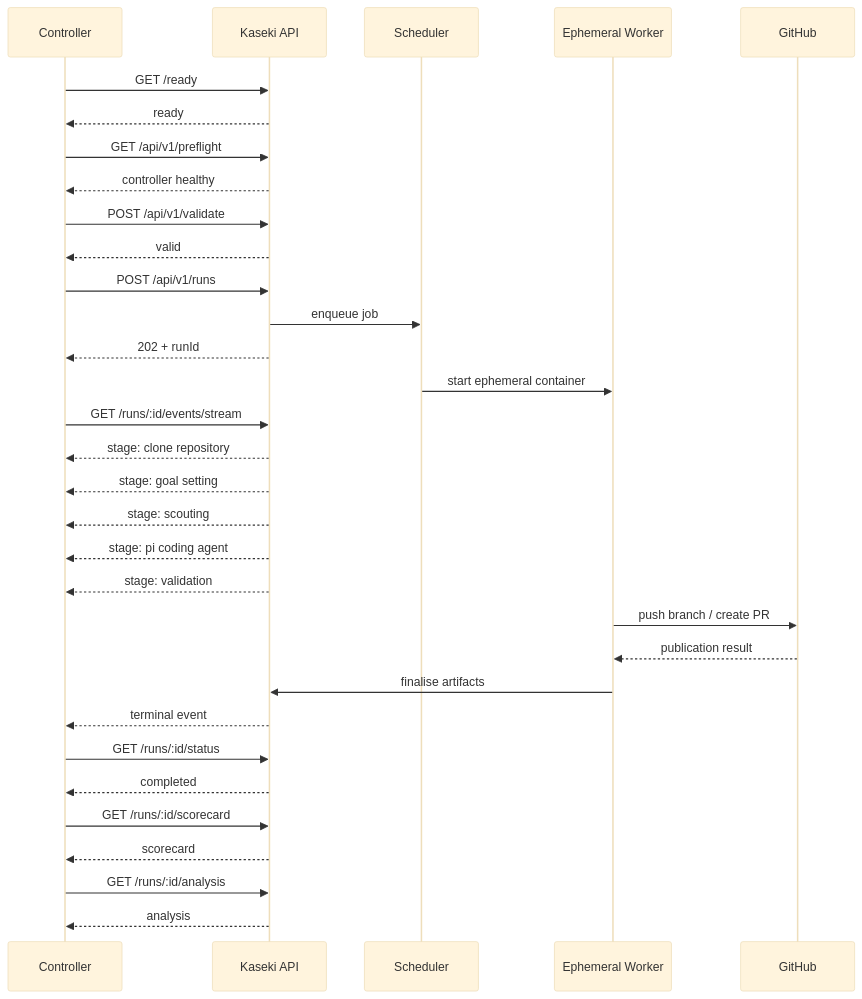
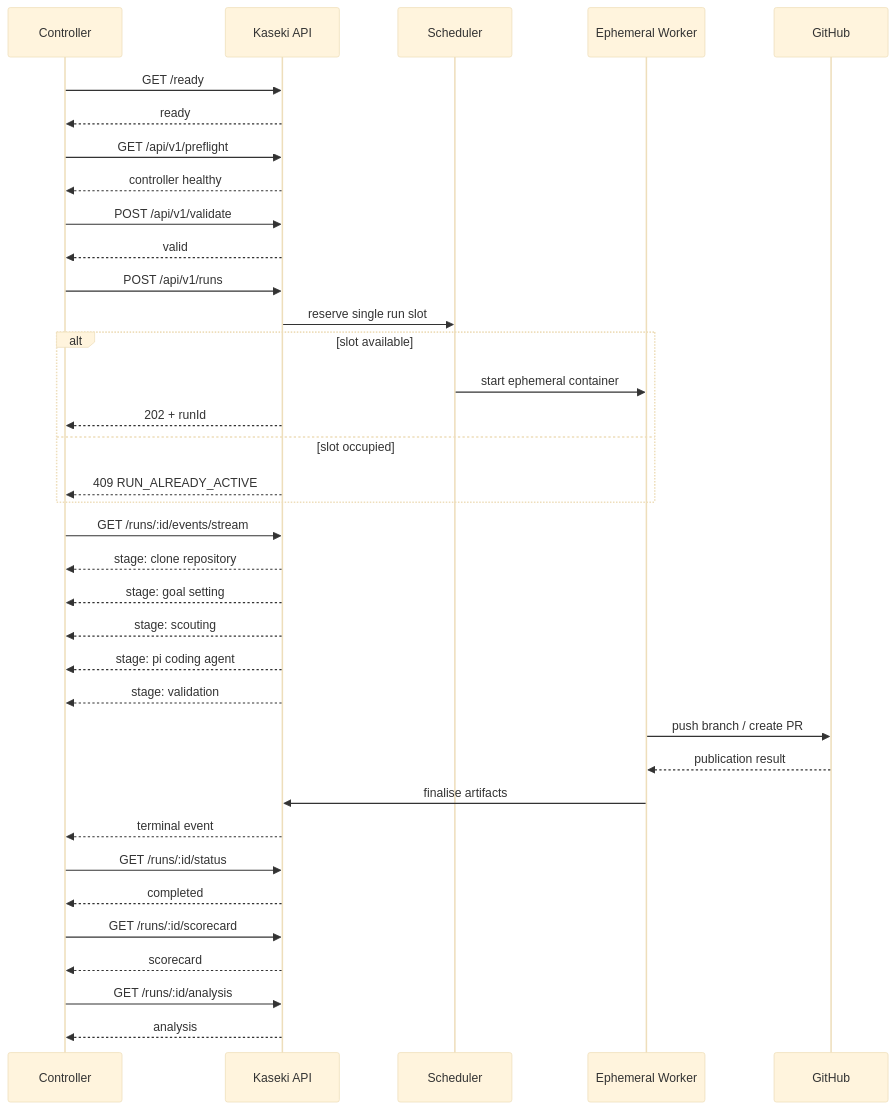
One commit to CyanAutomation/kaseki-agent changed the seventh of 7 diagrams in docs/KASEKI-AGENT-LIFECYCLE-DIAGRAMS.md. Above: the diagram before and after it, drawn with Mermaid (base theme). The commit also changed other lines of this file and 50 other files, not shown here.

Commit message:
Enforce one active run per Kaseki agent

````diff
--- a/docs/KASEKI-AGENT-LIFECYCLE-DIAGRAMS.md
+++ b/docs/KASEKI-AGENT-LIFECYCLE-DIAGRAMS.md
@@ -402,45 +415,48 @@
 ```mermaid
 sequenceDiagram
     participant C as Controller
     participant API as Kaseki API
-    participant Q as Scheduler
+    participant S as Scheduler
     participant W as Ephemeral Worker
     participant GH as GitHub
 
     C->>API: GET /ready
     API-->>C: ready
 
     C->>API: GET /api/v1/preflight
     API-->>C: controller healthy
 
     C->>API: POST /api/v1/validate
     API-->>C: valid
 
     C->>API: POST /api/v1/runs
-    API->>Q: enqueue job
-    API-->>C: 202 + runId
-
-    Q->>W: start ephemeral container
+    API->>S: reserve single run slot
+    alt slot available
+        S->>W: start ephemeral container
+        API-->>C: 202 + runId
+    else slot occupied
+        API-->>C: 409 RUN_ALREADY_ACTIVE
+    end
 
     C->>API: GET /runs/:id/events/stream
     API-->>C: stage: clone repository
     API-->>C: stage: goal setting
     API-->>C: stage: scouting
     API-->>C: stage: pi coding agent
     API-->>C: stage: validation
 
     W->>GH: push branch / create PR
     GH-->>W: publication result
 
     W->>API: finalise artifacts
     API-->>C: terminal event
 
     C->>API: GET /runs/:id/status
     API-->>C: completed
 
     C->>API: GET /runs/:id/scorecard
     API-->>C: scorecard
 
     C->>API: GET /runs/:id/analysis
     API-->>C: analysis
 ```
````
